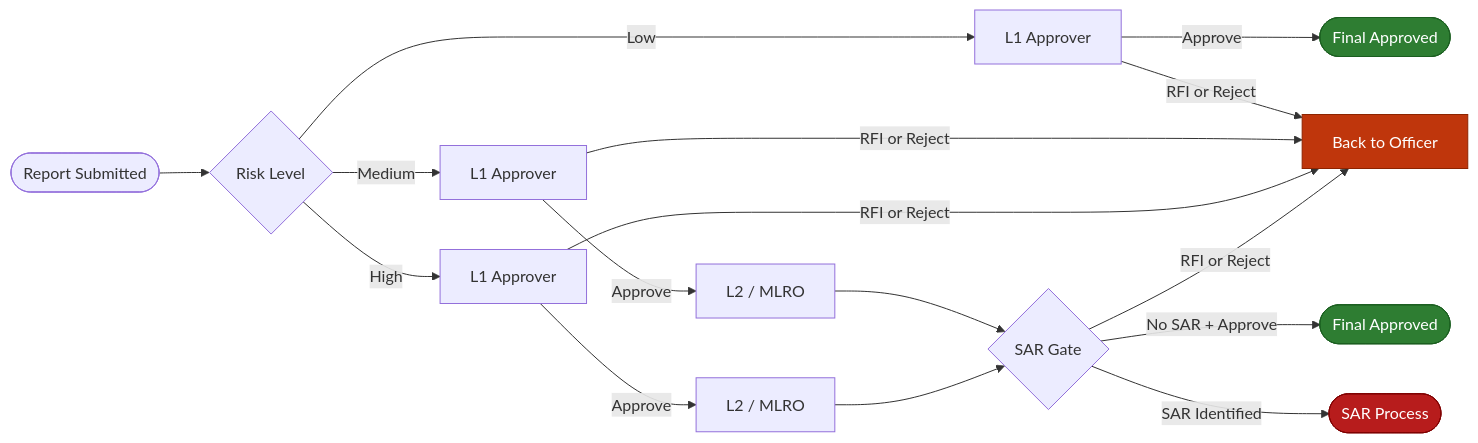
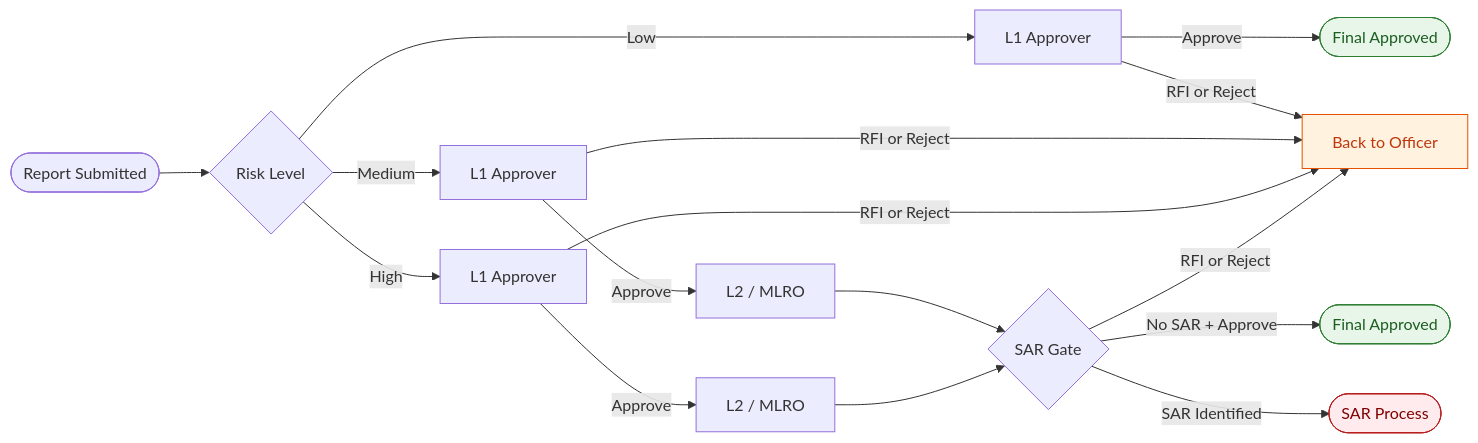
Before and after one commit to mazharr-hussain/KycReport: the second of 3 diagrams in docs/diagrams/approval-workflow.md, drawn with Mermaid. The commit also changed other lines of this file and 7 other files, not shown here.

First line of the commit message:
Switch all diagrams to light pastel palette with dark text

````diff
--- a/docs/diagrams/approval-workflow.md
+++ b/docs/diagrams/approval-workflow.md
@@ -58,29 +58,29 @@
 ```mermaid
 flowchart LR
     SUBMIT([Report Submitted]) --> RISK{Risk Level}
 
     RISK -->|Low| L1_LOW[L1 Approver]
     RISK -->|Medium| L1_MED[L1 Approver]
     RISK -->|High| L1_HIGH[L1 Approver]
 
     L1_LOW -->|Approve| FINAL_LOW([Final Approved])
     L1_LOW -->|RFI or Reject| OFFICER[Back to Officer]
 
     L1_MED -->|Approve| L2_MED[L2 / MLRO]
     L1_MED -->|RFI or Reject| OFFICER
 
     L1_HIGH -->|Approve| L2_HIGH[L2 / MLRO]
     L1_HIGH -->|RFI or Reject| OFFICER
 
     L2_MED --> SAR{SAR Gate}
     L2_HIGH --> SAR
 
     SAR -->|No SAR + Approve| FINAL([Final Approved])
     SAR -->|SAR Identified| SAR_PROC([SAR Process])
     SAR -->|RFI or Reject| OFFICER
 
-    style FINAL_LOW fill:#2E7D32,color:#fff,stroke:#1B5E20
-    style FINAL fill:#2E7D32,color:#fff,stroke:#1B5E20
-    style SAR_PROC fill:#B71C1C,color:#fff,stroke:#7F0000
-    style OFFICER fill:#BF360C,color:#fff,stroke:#8D2400
+    style FINAL_LOW fill:#E8F5E9,color:#1B5E20,stroke:#2E7D32
+    style FINAL fill:#E8F5E9,color:#1B5E20,stroke:#2E7D32
+    style SAR_PROC fill:#FFEBEE,color:#7F0000,stroke:#B71C1C
+    style OFFICER fill:#FFF3E0,color:#BF360C,stroke:#E65100
 ```
````
